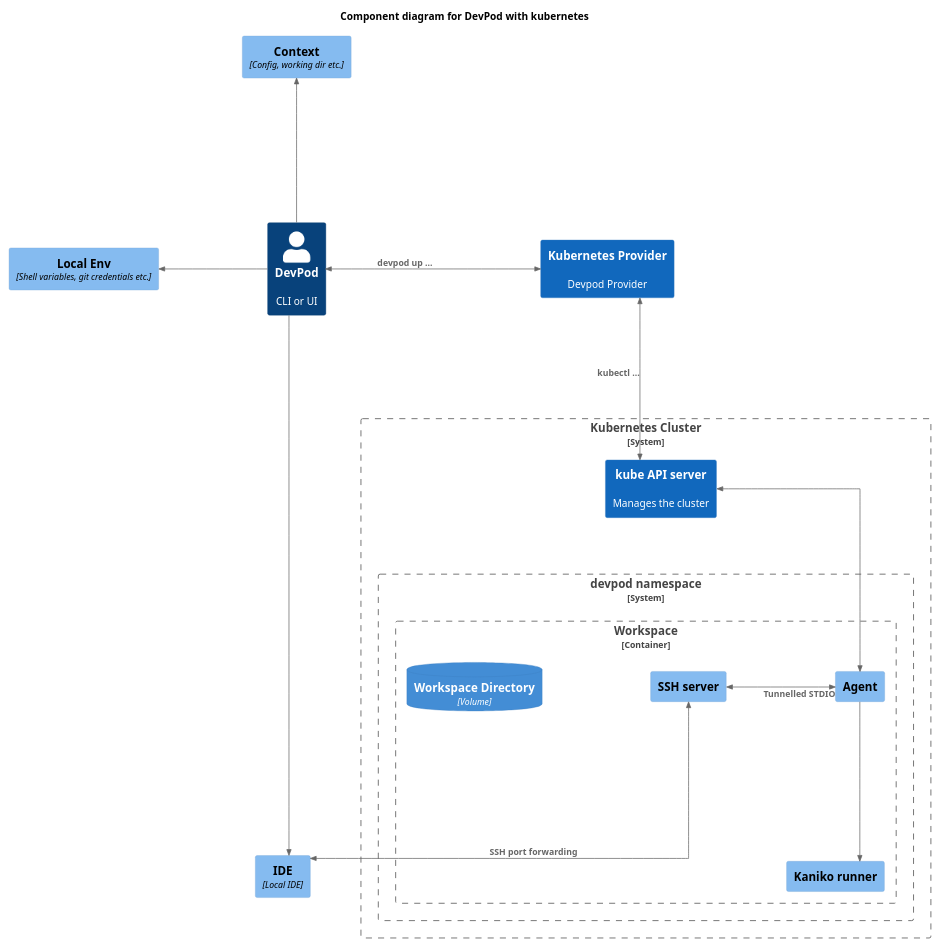
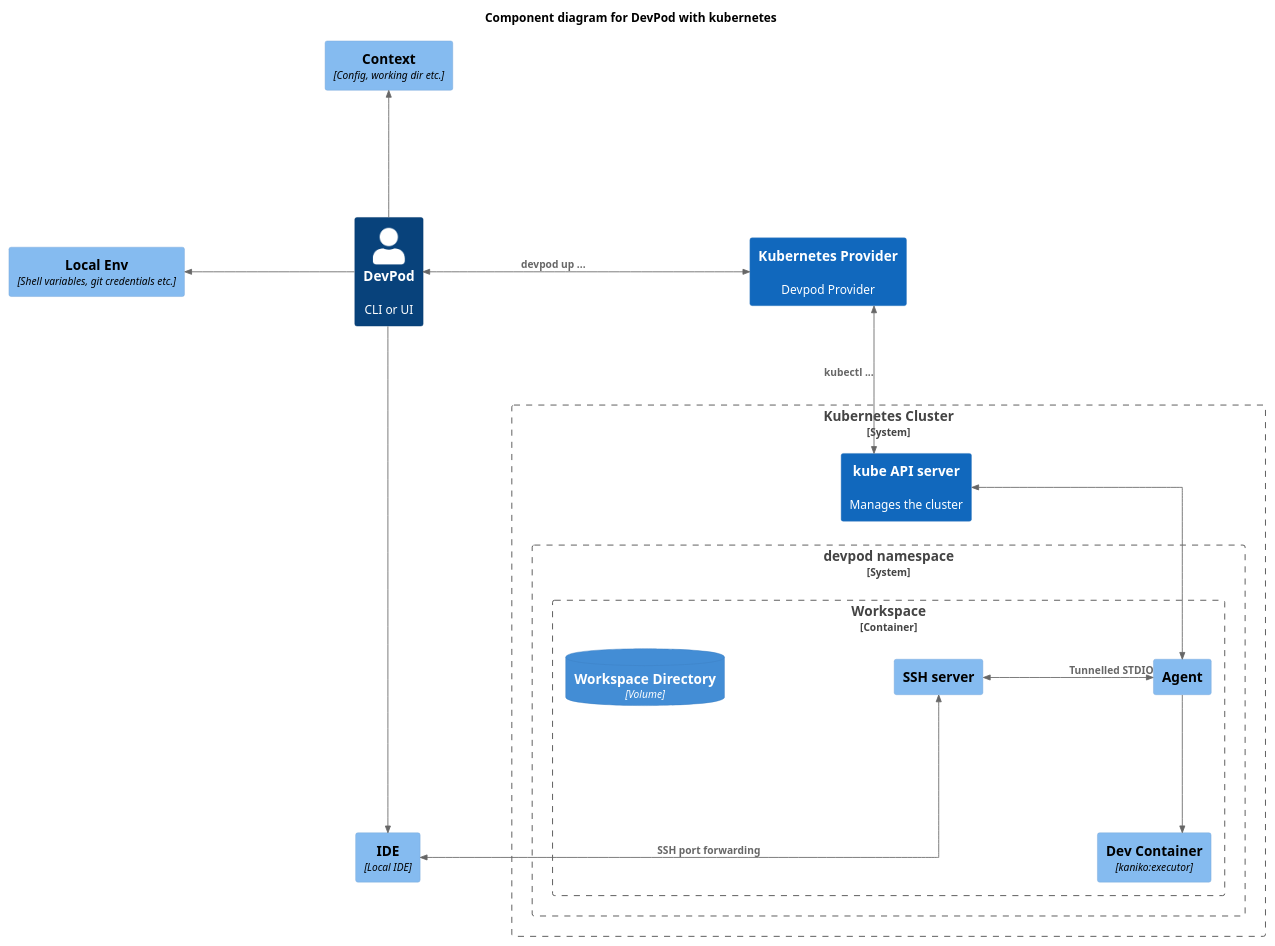
The diagram in docs/uml/c4_k8s.puml (loft-sh/devpod), drawn with PlantUML before and after one commit. The commit also changed 1 other file, not shown here.

Commit message:
Update UML

```diff
--- a/docs/uml/c4_k8s.puml
+++ b/docs/uml/c4_k8s.puml
@@ -1,41 +1,41 @@
 @startuml
 !include https://raw.githubusercontent.com/plantuml-stdlib/C4-PlantUML/master/C4_Component.puml
 
 skinparam linetype ortho
-skinparam nodesep 150
-skinparam ranksep 200
+skinparam nodesep 200
+skinparam ranksep 150
 scale 1920x1080
 
 HIDE_STEREOTYPE()
 LAYOUT_TOP_DOWN()
 
 title Component diagram for DevPod with kubernetes
 
 Person(user, "DevPod", "CLI or UI")
 System(prov, "Kubernetes Provider", "Devpod Provider")
 Component(ide, "IDE", "Local IDE")
 Component(ctx, "Context", "Config, working dir etc.")
 Component(env, "Local Env", "Shell variables, git credentials etc.")
 
 System_Boundary(cluster, "Kubernetes Cluster") {
   System(controlPlane, "kube API server", "Manages the cluster")
   System_Boundary(ns, "devpod namespace") {
     Container_Boundary(ws, "Workspace") {
-      Component(runner, "Kaniko runner", "")
+      Component(runner, "Dev Container", "kaniko:executor")
       Component(agent, "Agent", "")
       Component(ssh, "SSH server", "")
       ContainerDb(dir, "Workspace Directory", "Volume", "")
     }
   }
 }
 
 BiRel_Right(user, prov, "devpod up ...")
 BiRel(prov, controlPlane, " kubectl ...")
 BiRel(controlPlane, agent, " ")
 BiRel_Left(agent, ssh, "Tunnelled STDIO")
 Rel(agent, runner, " ")
 BiRel(ssh, ide, "SSH port forwarding")
 Rel(user, ide, "")
 Rel_Up(user, ctx, "")
 Rel_Left(user, env, "")
 @enduml
```
